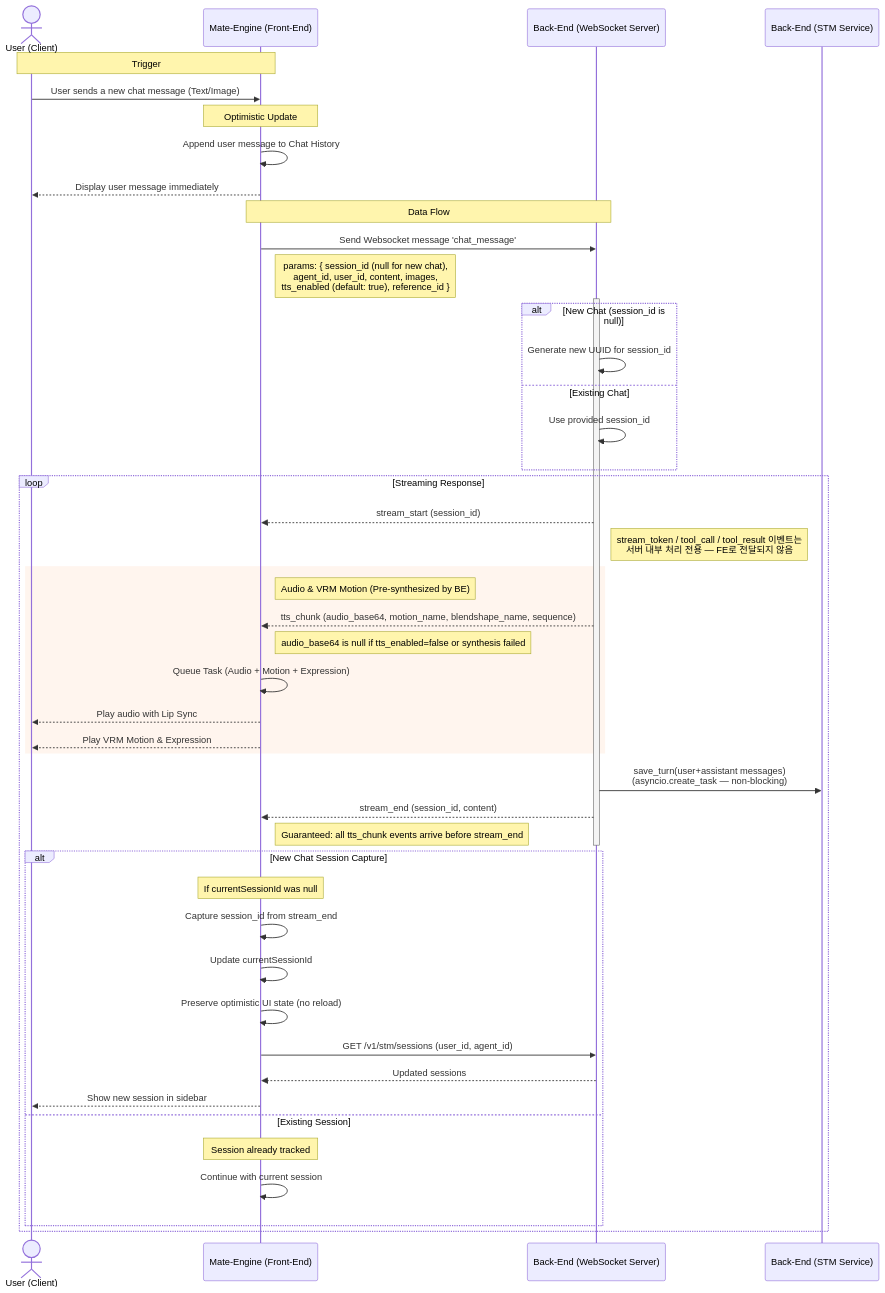
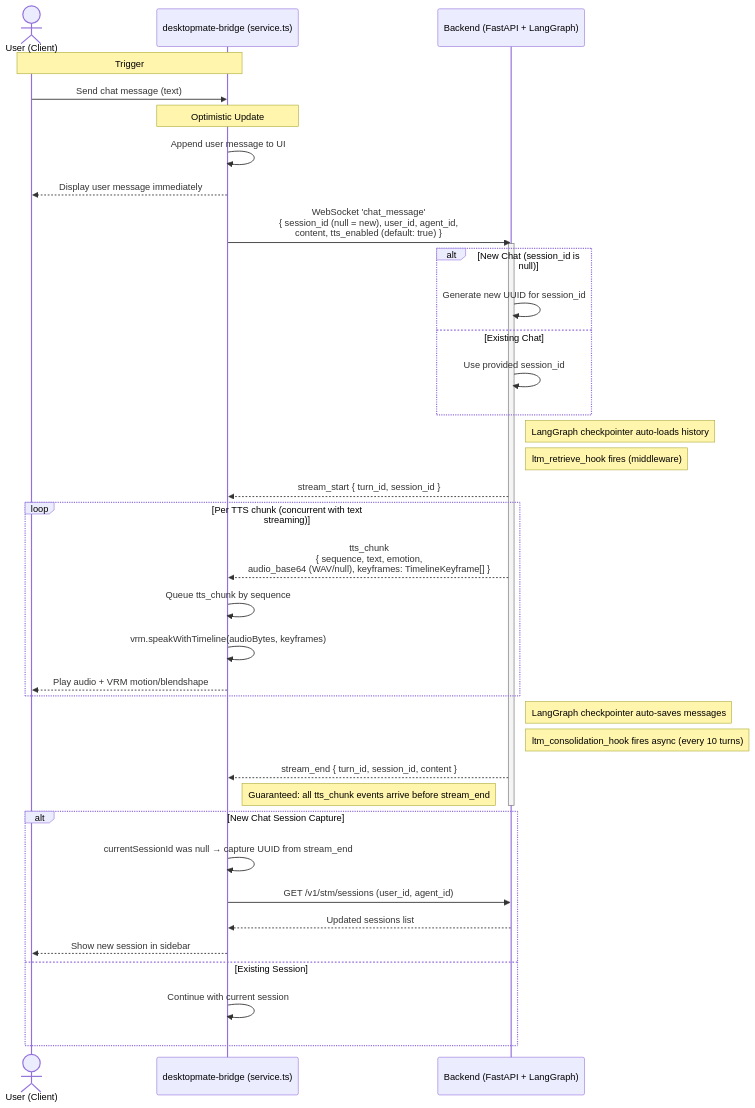
Before and after one commit to yw0nam/DesktopMatePlusdocs: the diagram in docs/data_flow/chat/ADD_CHAT_MESSAGE.md, drawn with Mermaid. The commit also changed other lines of this file and 15 other files, not shown here.

First line of the commit message:
feat: Add LTM Middleware documentation and update SLACK_MESSAGE, ADD_CHAT_MESSAGE, and STARTUP_FLOW documentation

````diff
--- a/docs/data_flow/chat/ADD_CHAT_MESSAGE.md
+++ b/docs/data_flow/chat/ADD_CHAT_MESSAGE.md
@@ -20,58 +24,52 @@
 ```mermaid
 sequenceDiagram
     actor User as User (Client)
-    participant FE as Mate-Engine (Front-End)
-    participant BE as Back-End (WebSocket Server)
-    participant STM as Back-End (STM Service)
+    participant DM as desktopmate-bridge (service.ts)
+    participant BE as Backend (FastAPI + LangGraph)
 
-    Note over User, FE: Trigger
-    User->>FE: User sends a new chat message (Text/Image)
+    Note over User, DM: Trigger
+    User->>DM: Send chat message (text)
 
-    Note over FE: Optimistic Update
-    FE->>FE: Append user message to Chat History
-    FE-->>User: Display user message immediately
+    Note over DM: Optimistic Update
+    DM->>DM: Append user message to UI
+    DM-->>User: Display user message immediately
 
-    Note over FE, BE: Data Flow
-    FE->>BE: Send Websocket message 'chat_message'
-    Note right of FE: params: { session_id (null for new chat),<br/>agent_id, user_id, content, images,<br/>tts_enabled (default: true), reference_id }
+    DM->>BE: WebSocket 'chat_message'<br/>{ session_id (null = new), user_id, agent_id,<br/>  content, tts_enabled (default: true) }
 
     activate BE
 
     alt New Chat (session_id is null)
         BE->>BE: Generate new UUID for session_id
     else Existing Chat
         BE->>BE: Use provided session_id
     end
 
-    loop Streaming Response
-        BE-->>FE: stream_start (session_id)
+    Note right of BE: LangGraph checkpointer auto-loads history
+    Note right of BE: ltm_retrieve_hook fires (middleware)
 
-        Note right of BE: stream_token / tool_call / tool_result 이벤트는<br/>서버 내부 처리 전용 — FE로 전달되지 않음
-        rect rgb(255, 245, 238)
-            note right of FE: Audio & VRM Motion (Pre-synthesized by BE)
-            BE-->>FE: tts_chunk (audio_base64, motion_name, blendshape_name, sequence)
-            Note right of FE: audio_base64 is null if tts_enabled=false or synthesis failed
-            FE->>FE: Queue Task (Audio + Motion + Expression)
-            FE-->>User: Play audio with Lip Sync
-            FE-->>User: Play VRM Motion & Expression
-        end
+    BE-->>DM: stream_start { turn_id, session_id }
 
-        BE->>STM: save_turn(user+assistant messages)<br/>(asyncio.create_task — non-blocking)
-        BE-->>FE: stream_end (session_id, content)
-        Note right of FE: Guaranteed: all tts_chunk events arrive before stream_end
-        deactivate BE
+    loop Per TTS chunk (concurrent with text streaming)
+        BE-->>DM: tts_chunk<br/>{ sequence, text, emotion,<br/>  audio_base64 (WAV/null), keyframes: TimelineKeyframe[] }
+        DM->>DM: Queue tts_chunk by sequence
+        DM->>DM: vrm.speakWithTimeline(audioBytes, keyframes)
+        DM-->>User: Play audio + VRM motion/blendshape
+    end
 
-        alt New Chat Session Capture
-            Note over FE: If currentSessionId was null
-            FE->>FE: Capture session_id from stream_end
-            FE->>FE: Update currentSessionId
-            FE->>FE: Preserve optimistic UI state (no reload)
-            FE->>BE: GET /v1/stm/sessions (user_id, agent_id)
-            BE-->>FE: Updated sessions
-            FE-->>User: Show new session in sidebar
-        else Existing Session
-            Note over FE: Session already tracked
-            FE->>FE: Continue with current session
-        end
+    Note right of BE: LangGraph checkpointer auto-saves messages
+    Note right of BE: ltm_consolidation_hook fires async (every 10 turns)
+
+    BE-->>DM: stream_end { turn_id, session_id, content }
+    Note right of DM: Guaranteed: all tts_chunk events arrive before stream_end
+
+    deactivate BE
+
+    alt New Chat Session Capture
+        DM->>DM: currentSessionId was null → capture UUID from stream_end
+        DM->>BE: GET /v1/stm/sessions (user_id, agent_id)
+        BE-->>DM: Updated sessions list
+        DM-->>User: Show new session in sidebar
+    else Existing Session
+        DM->>DM: Continue with current session
     end
 ```
````
